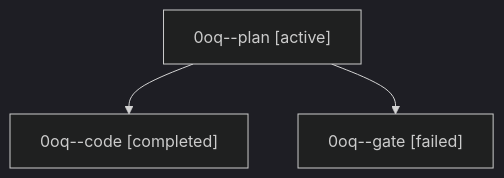
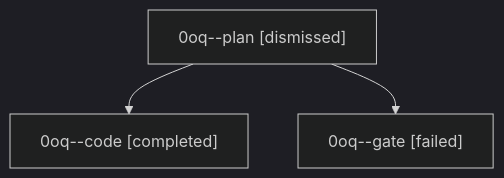
Before and after one commit to sase-org/sase--agents: the diagram in sessions/bbugyi200.athena.0oq.md, drawn with Mermaid (dark theme). The commit also changed other lines of this file and 30 other files, not shown here.

````diff
--- a/sessions/bbugyi200.athena.0oq.md
+++ b/sessions/bbugyi200.athena.0oq.md
@@ -9,8 +9,8 @@
 ```mermaid
 flowchart TD
-  n0["0oq--plan [active]"]
+  n0["0oq--plan [dismissed]"]
   n1["0oq--code [completed]"]
   n0 --> n1
   n2["0oq--gate [failed]"]
   n0 --> n2
 ```
````
